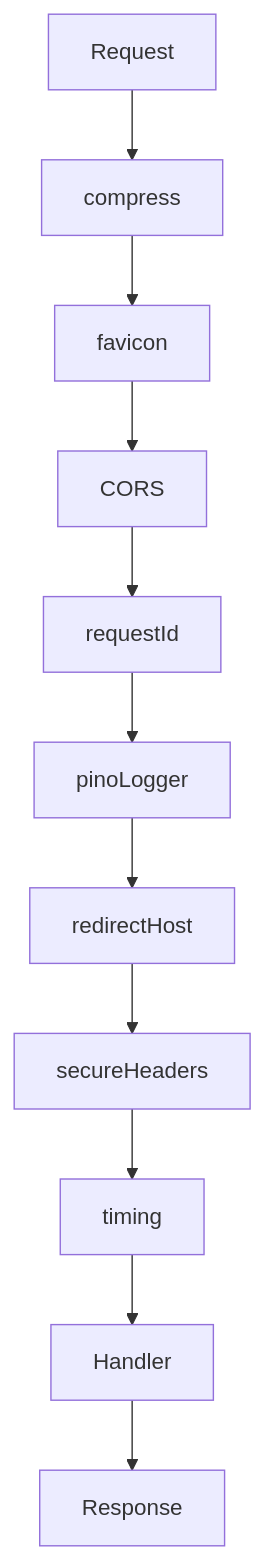
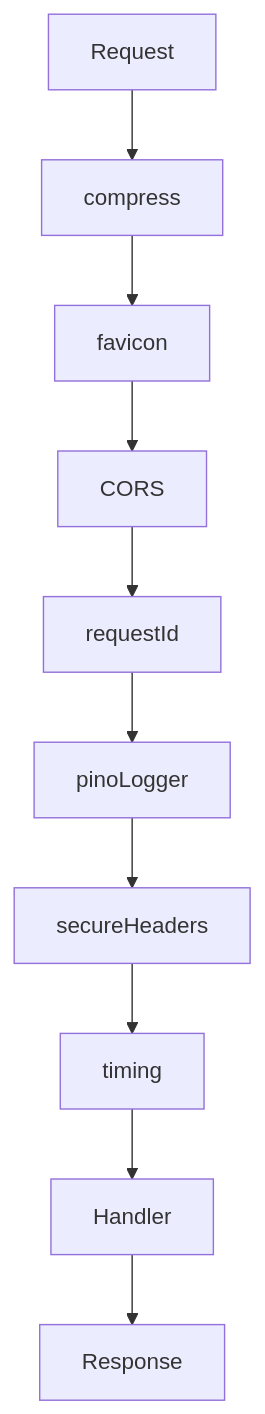
The second of 3 diagrams in doc/backend-guide.md (IsaiaScope/monorepoonfire), drawn with Mermaid before and after one commit. The commit also changed other lines of this file and 57 other files, not shown here.

````diff
--- a/doc/backend-guide.md
+++ b/doc/backend-guide.md
@@ -23,8 +23,8 @@
 ```mermaid
 graph TD
     R[Request] --> compress --> favicon
     favicon --> CORS --> requestId
-    requestId --> pinoLogger --> redirectHost
-    redirectHost --> secureHeaders --> timing
+    requestId --> pinoLogger --> secureHeaders
+    secureHeaders --> timing
     timing --> Handler --> Response
 ```
````
